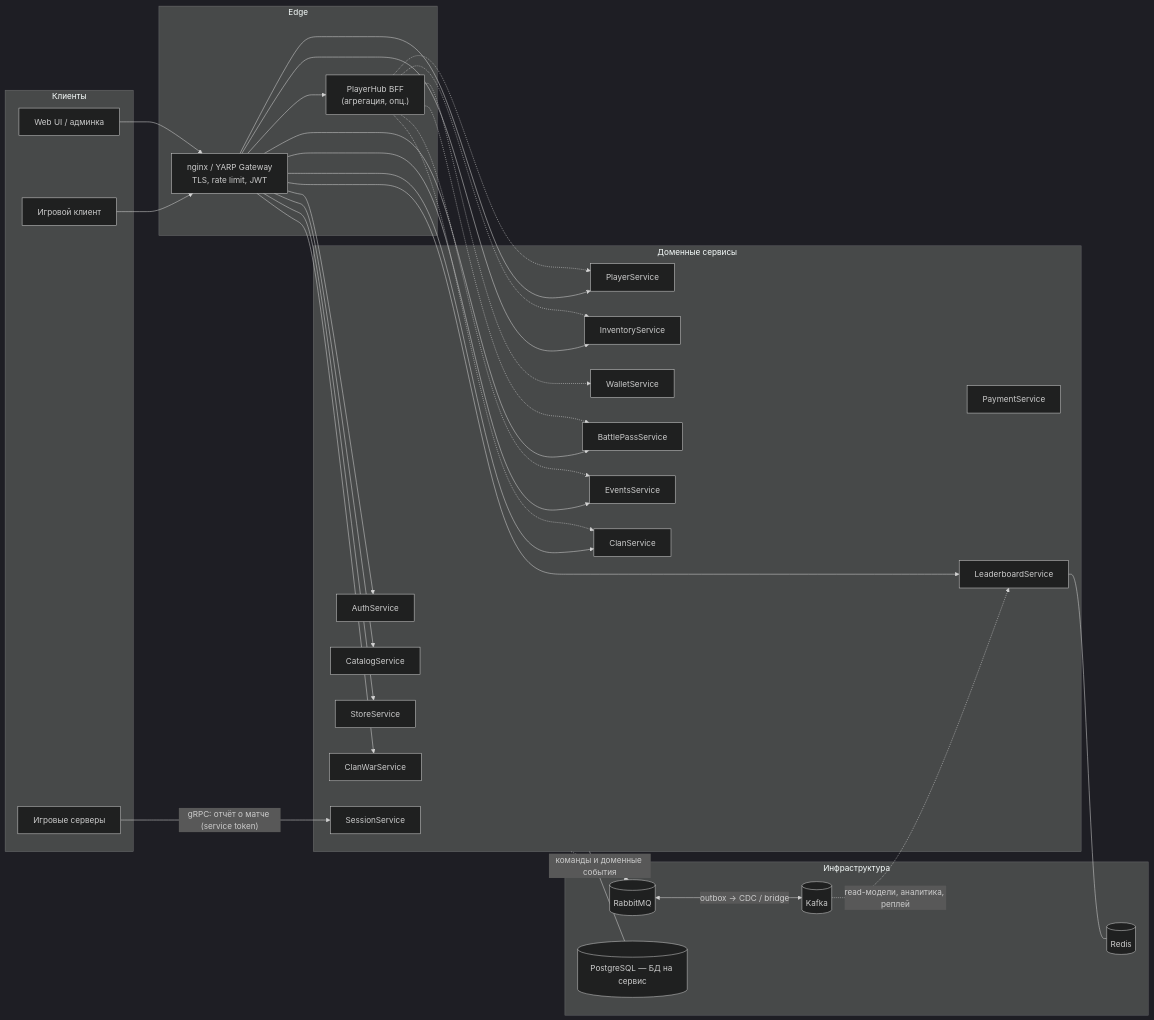
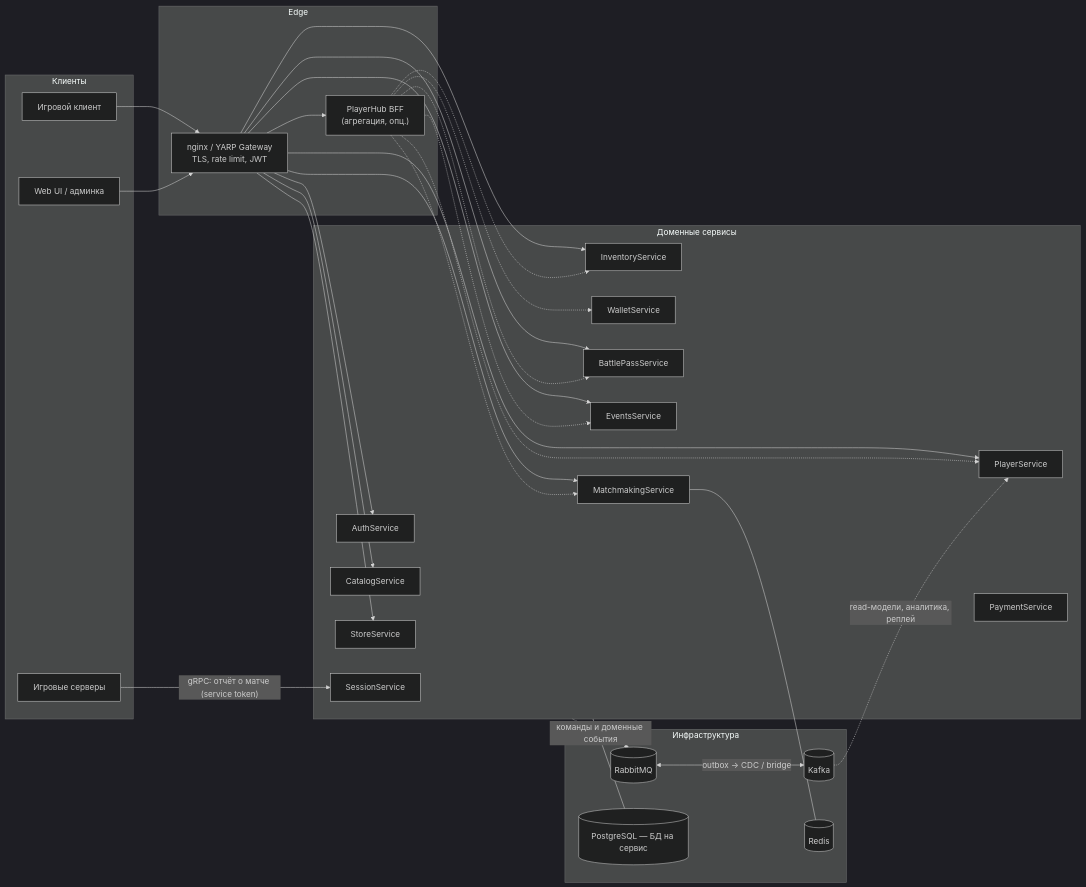
One commit to owlillp/GameServer-v2 changed the first of 7 diagrams in docs/architecture.md. Above: the diagram before and after it, drawn with Mermaid (dark theme). The commit also changed other lines of this file and 221 other files, not shown here.

````diff
--- a/docs/architecture.md
+++ b/docs/architecture.md
@@ -88,62 +94,58 @@
 ```mermaid
 flowchart LR
     subgraph CLIENTS["Клиенты"]
         GC["Игровой клиент"]
         WEB["Web UI / админка"]
         GS["Игровые серверы"]
     end
 
     subgraph EDGE["Edge"]
         GW["nginx / YARP Gateway<br/>TLS, rate limit, JWT"]
         BFF["PlayerHub BFF<br/>(агрегация, опц.)"]
     end
 
     subgraph CORE["Доменные сервисы"]
         AUTH["AuthService"]
         PLAYER["PlayerService"]
         CATALOG["CatalogService"]
         INV["InventoryService"]
         WALLET["WalletService"]
         STORE["StoreService"]
         PAY["PaymentService"]
         BP["BattlePassService"]
         EVENTS["EventsService"]
-        CLAN["ClanService"]
-        WAR["ClanWarService"]
+        MATCH["MatchmakingService"]
         SESSION["SessionService"]
-        LB["LeaderboardService"]
     end
 
     subgraph INFRA["Инфраструктура"]
         RMQ[("RabbitMQ")]
         KAFKA[("Kafka")]
         REDIS[("Redis")]
         PG[("PostgreSQL — БД на сервис")]
     end
 
     GC --> GW
     WEB --> GW
     GS -->|"gRPC: отчёт о матче (service token)"| SESSION
     GW --> BFF
     GW --> AUTH
     GW --> PLAYER
     GW --> CATALOG
     GW --> INV
     GW --> STORE
     GW --> BP
     GW --> EVENTS
-    GW --> CLAN
-    GW --> WAR
-    GW --> LB
+    GW --> MATCH
     BFF -.-> PLAYER
     BFF -.-> WALLET
     BFF -.-> INV
     BFF -.-> BP
     BFF -.-> EVENTS
-    BFF -.-> CLAN
+    BFF -.-> MATCH
     CORE -.->|"команды и доменные события"| RMQ
     RMQ <-->|"outbox → CDC / bridge"| KAFKA
-    KAFKA -.->|"read-модели, аналитика, реплей"| LB
-    LB --- REDIS
+    KAFKA -.->|"read-модели, аналитика, реплей"| PLAYER
+    MATCH --- REDIS
     CORE --- PG
 ```
````
